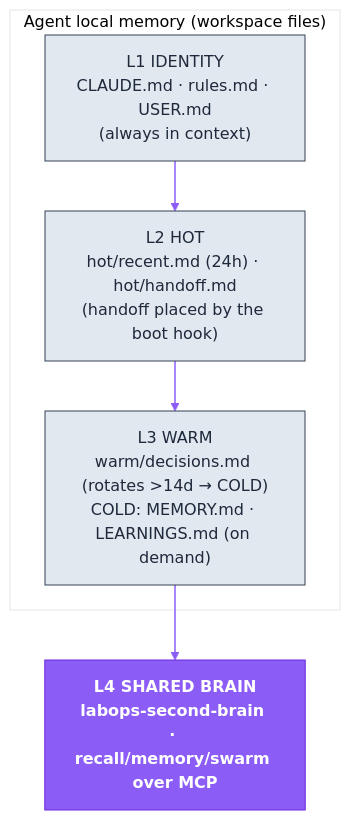
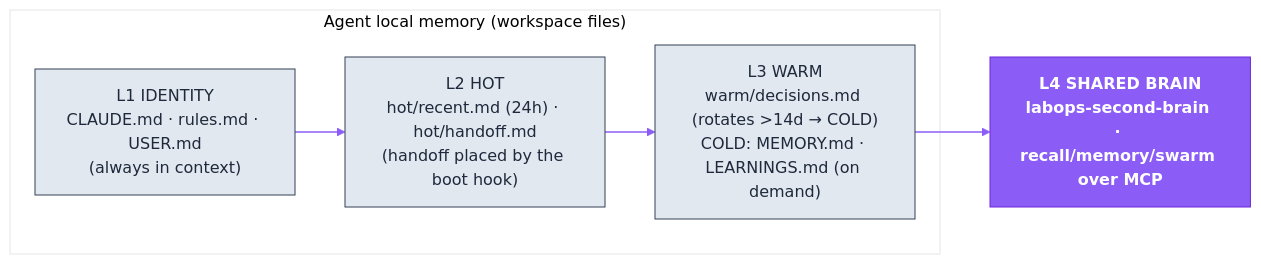
The third of 4 diagrams in README.md (dediukhinpa/labops-agent-architecture), drawn with Mermaid before and after one commit. The commit also changed other lines of this file and 4 other files, not shown here.

````diff
--- a/README.md
+++ b/README.md
@@ -206,18 +212,18 @@
 ```mermaid
 %%{init: {'theme':'base','themeVariables':{'primaryColor':'#EDE9FE','primaryTextColor':'#4C1D95','primaryBorderColor':'#8B5CF6','lineColor':'#8B5CF6','secondaryColor':'#F1F5F9','tertiaryColor':'#ffffff','fontFamily':'Helvetica,Arial,sans-serif'}}}%%
-flowchart TB
+flowchart LR
   subgraph local["Agent local memory (workspace files)"]
     L1["L1 IDENTITY<br/>CLAUDE.md · rules.md · USER.md<br/>(always in context)"]
     L2["L2 HOT<br/>hot/recent.md (24h) · hot/handoff.md<br/>(handoff placed by the boot hook)"]
     L3["L3 WARM<br/>warm/decisions.md (rotates >14d → COLD)<br/>COLD: MEMORY.md · LEARNINGS.md (on demand)"]
   end
   L4["L4 SHARED BRAIN<br/>labops-second-brain · recall/memory/swarm over MCP"]
   L1 --> L2 --> L3 --> L4
   classDef brand fill:#8B5CF6,stroke:#6D28D9,color:#ffffff,font-weight:bold
   classDef ext fill:#CCFBF1,stroke:#0D9488,color:#0F766E
   classDef store fill:#FEF3C7,stroke:#D97706,color:#92400E
   classDef sys fill:#E2E8F0,stroke:#334155,color:#1E293B
   linkStyle default stroke:#8B5CF6,stroke-width:1.5px
   class L4 brand
   class L1,L2,L3 sys
 ```
````
